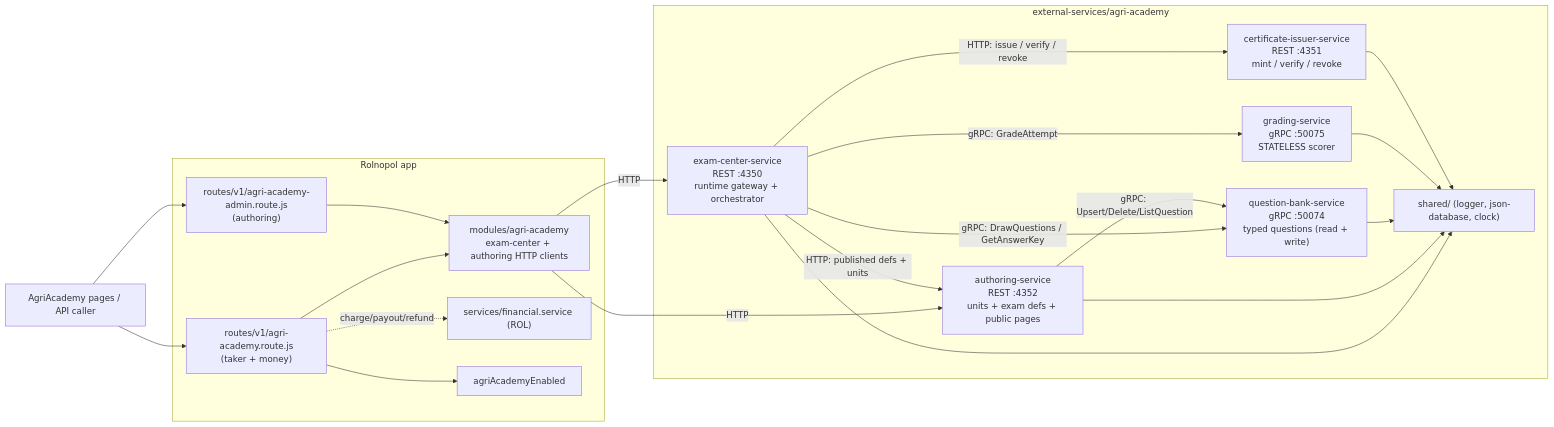
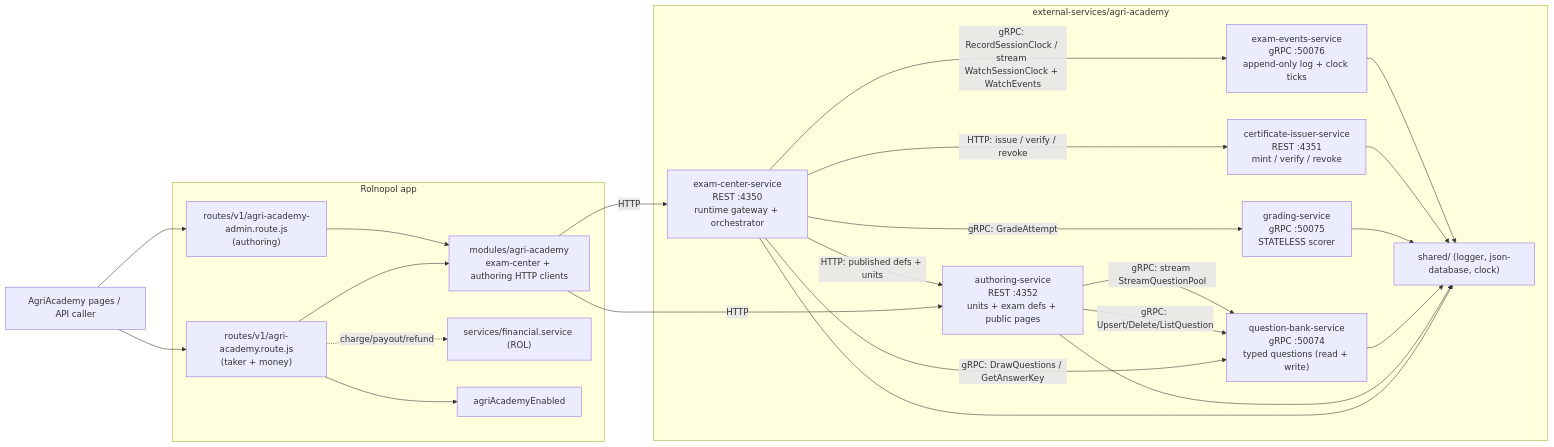
The first of 2 diagrams in external-services/agri-academy/README.md (jaktestowac/rolnopol), drawn with Mermaid before and after one commit. The commit also changed other lines of this file and 37 other files, not shown here.

````diff
--- a/external-services/agri-academy/README.md
+++ b/external-services/agri-academy/README.md
@@ -21,40 +21,44 @@
 ```mermaid
 flowchart LR
     Browser["AgriAcademy pages / API caller"]
 
     subgraph App["Rolnopol app"]
         Taker["routes/v1/agri-academy.route.js<br/>(taker + money)"]
         Admin["routes/v1/agri-academy-admin.route.js<br/>(authoring)"]
         Client["modules/agri-academy<br/>exam-center + authoring HTTP clients"]
         Fin["services/financial.service (ROL)"]
         Flag["agriAcademyEnabled"]
     end
 
     subgraph AA["external-services/agri-academy"]
         EXC["exam-center-service<br/>REST :4350<br/>runtime gateway + orchestrator"]
         AUT["authoring-service<br/>REST :4352<br/>units + exam defs + public pages"]
         QBK["question-bank-service<br/>gRPC :50074<br/>typed questions (read + write)"]
         GRD["grading-service<br/>gRPC :50075<br/>STATELESS scorer"]
         CRT["certificate-issuer-service<br/>REST :4351<br/>mint / verify / revoke"]
+        EVT["exam-events-service<br/>gRPC :50076<br/>append-only log + clock ticks"]
         Shared["shared/ (logger, json-database, clock)"]
     end
 
     Browser --> Taker
     Browser --> Admin
     Taker --> Flag
     Taker -. charge/payout/refund .-> Fin
     Taker --> Client
     Admin --> Client
     Client -- HTTP --> EXC
     Client -- HTTP --> AUT
     EXC -- "HTTP: published defs + units" --> AUT
     EXC -- "gRPC: DrawQuestions / GetAnswerKey" --> QBK
     EXC -- "gRPC: GradeAttempt" --> GRD
     EXC -- "HTTP: issue / verify / revoke" --> CRT
+    EXC -- "gRPC: RecordSessionClock / stream WatchSessionClock + WatchEvents" --> EVT
     AUT -- "gRPC: Upsert/Delete/ListQuestion" --> QBK
+    AUT -- "gRPC: stream StreamQuestionPool" --> QBK
     EXC --> Shared
     AUT --> Shared
     QBK --> Shared
     GRD --> Shared
     CRT --> Shared
+    EVT --> Shared
 ```
````
